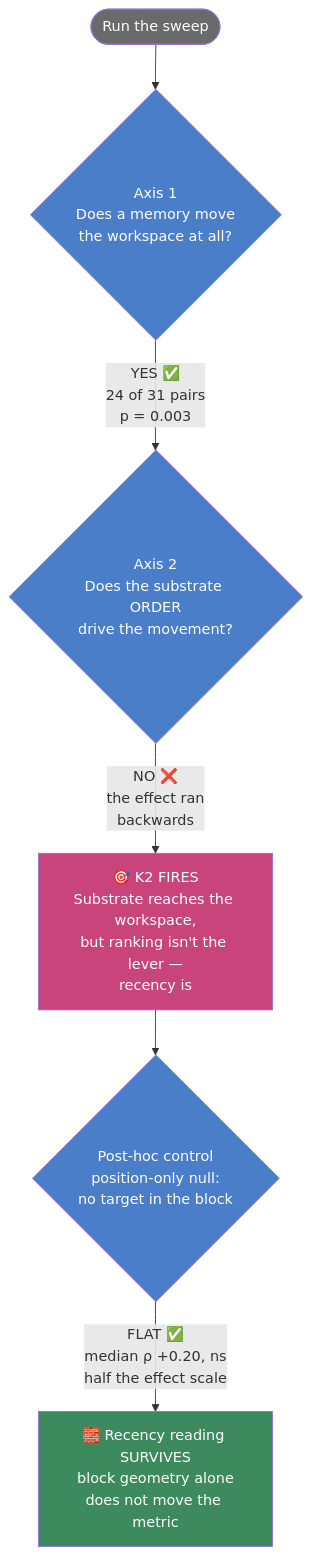
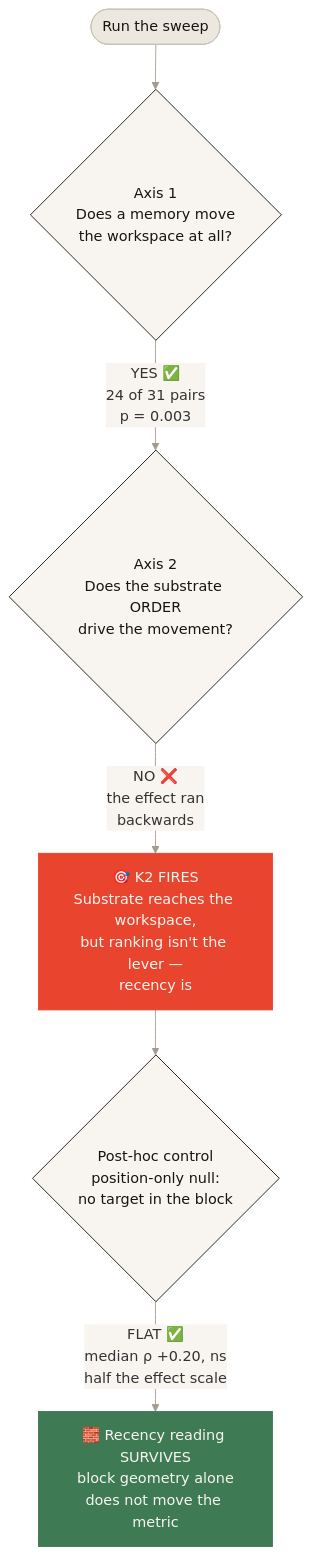
The diagram in README.md (JosephOIbrahim/jacobian-monologue), drawn with Mermaid before and after one commit. The commit also changed other lines of this file and 2 other files, not shown here.

Commit message:
repo design: Swiss identity applied end to end
Header banner (light + dark) in the system - Archivo lockup, converge glyph, red result - served via prefers-color-scheme at the top of the README. Mermaid decision-flow re-themed to the warm palette: gates get the predicate treatment (paper, ink outline), K2 wears the signal red (falsifiers loudest), survival node keeps semantic green, warm-shifted. Banners transferred base64 + sha256.

````diff
--- a/README.md
+++ b/README.md
@@ -246,15 +251,16 @@
 ```mermaid
+%%{init: {'theme':'base','themeVariables':{'lineColor':'#A49B8C','textColor':'#16150F','fontFamily':'Archivo, Helvetica, Arial, sans-serif','edgeLabelBackground':'#F8F5F0'}}}%%
 flowchart TD
     START([Run the sweep]) --> A1{Axis 1<br/>Does a memory move<br/>the workspace at all?}
     A1 -->|"YES ✅<br/>24 of 31 pairs<br/>p = 0.003"| A2{Axis 2<br/>Does the substrate ORDER<br/>drive the movement?}
     A2 -->|"NO ❌<br/>the effect ran<br/>backwards"| K2["🎯 K2 FIRES<br/>Substrate reaches the workspace,<br/>but ranking isn't the lever —<br/>recency is"]
     K2 --> C3{Post-hoc control<br/>position-only null:<br/>no target in the block}
     C3 -->|"FLAT ✅<br/>median ρ +0.20, ns<br/>half the effect scale"| SURV["🧱 Recency reading SURVIVES<br/>block geometry alone<br/>does not move the metric"]
 
-    style START fill:#6a6a6a,color:#fff
-    style A1 fill:#4a7ec8,color:#fff
-    style A2 fill:#4a7ec8,color:#fff
-    style K2 fill:#c8447a,color:#fff
-    style C3 fill:#4a7ec8,color:#fff
-    style SURV fill:#3d8a5f,color:#fff
+    style START fill:#EDE8DF,stroke:#C9C2B4,color:#16150F
+    style A1 fill:#F8F5F0,stroke:#16150F,color:#16150F
+    style A2 fill:#F8F5F0,stroke:#16150F,color:#16150F
+    style K2 fill:#E8442E,stroke:#E8442E,color:#F8F5F0
+    style C3 fill:#F8F5F0,stroke:#16150F,color:#16150F
+    style SURV fill:#3E7A54,stroke:#3E7A54,color:#F8F5F0
 ```
````
